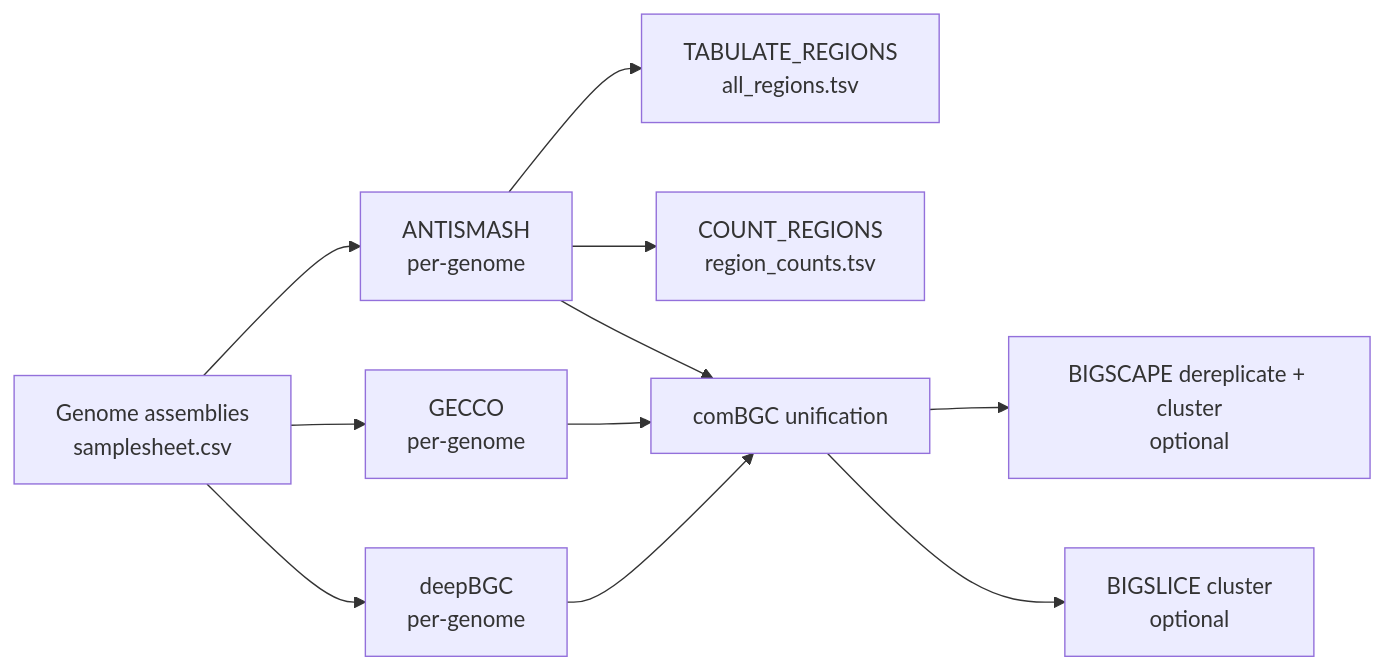
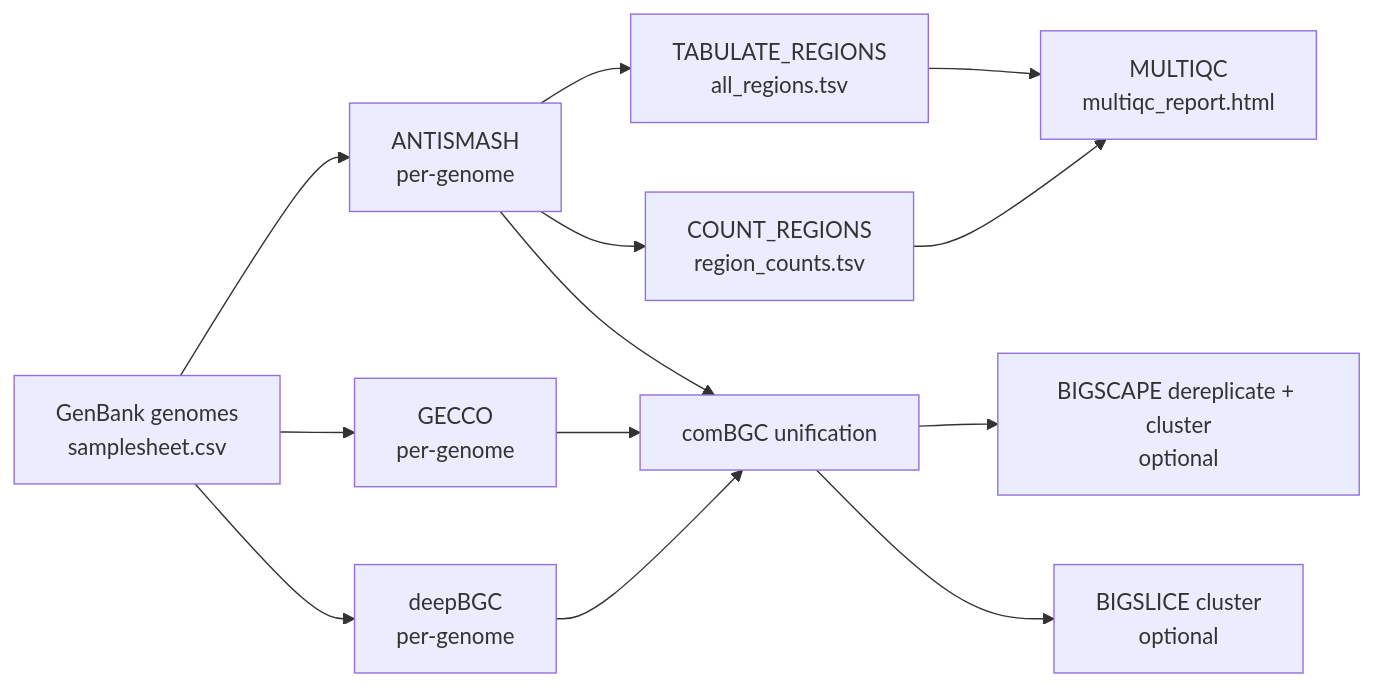
One commit to andreassag/clystere changed the diagram in docs/index.md. Above: the diagram before and after it, drawn with Mermaid. The commit also changed other lines of this file and 8 other files, not shown here.

````diff
--- a/docs/index.md
+++ b/docs/index.md
@@ -14,13 +14,15 @@
 ```mermaid
 graph LR
-    A[Genome assemblies<br/>samplesheet.csv] --> B[ANTISMASH<br/>per-genome]
+    A[GenBank genomes<br/>samplesheet.csv] --> B[ANTISMASH<br/>per-genome]
     A --> C[GECCO<br/>per-genome]
     A --> D[deepBGC<br/>per-genome]
     B --> E[TABULATE_REGIONS<br/>all_regions.tsv]
     B --> F[COUNT_REGIONS<br/>region_counts.tsv]
     B --> G[comBGC unification]
     C --> G
     D --> G
     G --> H[BIGSCAPE dereplicate + cluster<br/>optional]
     G --> I[BIGSLICE cluster<br/>optional]
+    E --> J[MULTIQC<br/>multiqc_report.html]
+    F --> J
 ```
````
